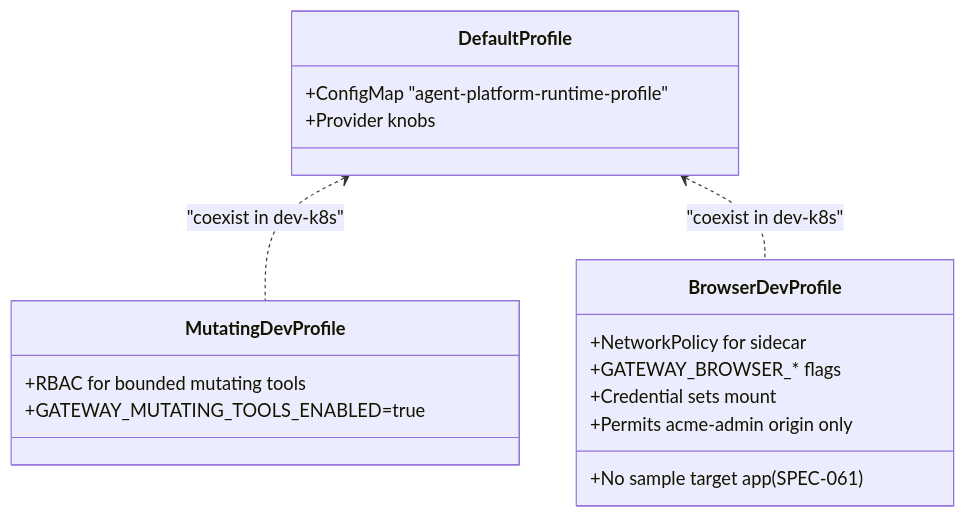
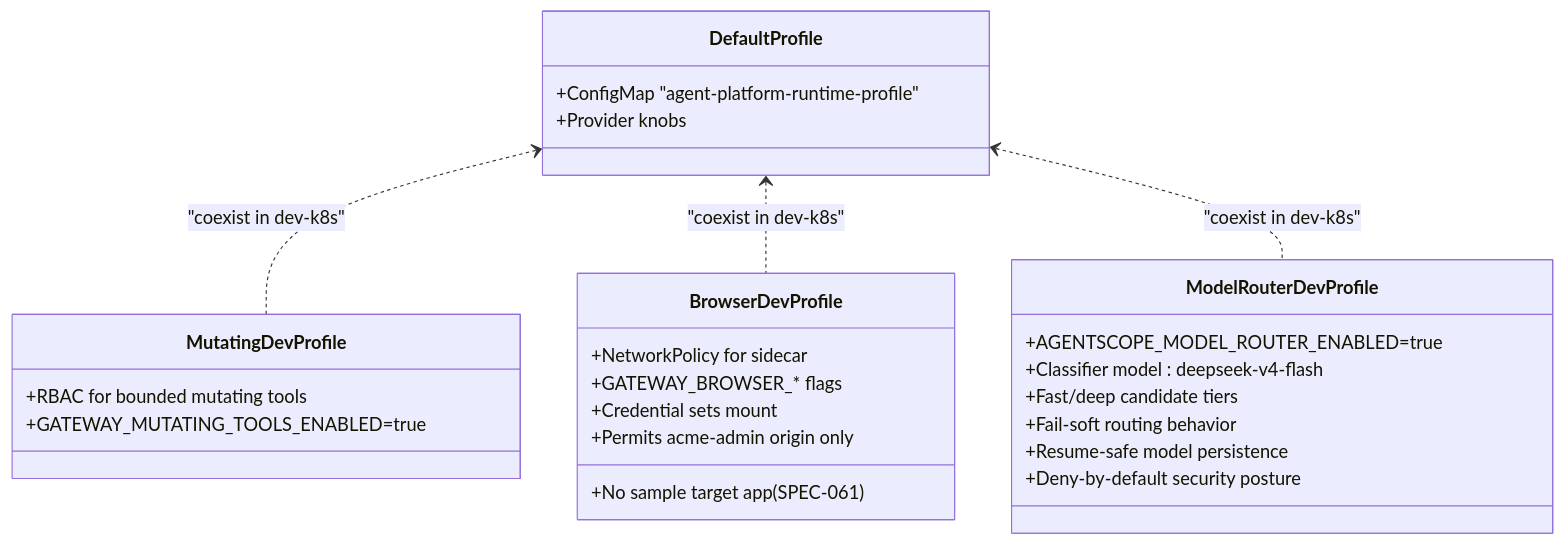
The fourth of 5 diagrams in .qoder/repowiki/en/content/Development Guide/Build System and Deployment Automation/GitOps Deployment with Kustomize/GitOps Deployment with Kustomize.md (metasync/luban-aiops), drawn with Mermaid before and after one commit. The commit also changed other lines of this file and 23 other files, not shown here.

````diff
--- a/.qoder/repowiki/en/content/Development Guide/Build System and Deployment Automation/GitOps Deployment with Kustomize/GitOps Deployment with Kustomize.md
+++ b/.qoder/repowiki/en/content/Development Guide/Build System and Deployment Automation/GitOps Deployment with Kustomize/GitOps Deployment with Kustomize.md
@@ -159,20 +172,29 @@
 ```mermaid
 classDiagram
 class DefaultProfile {
 +ConfigMap "agent-platform-runtime-profile"
 +Provider knobs
 }
 class MutatingDevProfile {
 +RBAC for bounded mutating tools
 +GATEWAY_MUTATING_TOOLS_ENABLED=true
 }
 class BrowserDevProfile {
 +NetworkPolicy for sidecar
 +GATEWAY_BROWSER_* flags
 +Credential sets mount
 +No sample target app (SPEC-061)
 +Permits acme-admin origin only
 }
+class ModelRouterDevProfile {
++AGENTSCOPE_MODEL_ROUTER_ENABLED=true
++Classifier model : deepseek-v4-flash
++Fast/deep candidate tiers
++Fail-soft routing behavior
++Resume-safe model persistence
++Deny-by-default security posture
+}
 DefaultProfile <.. MutatingDevProfile : "coexist in dev-k8s"
 DefaultProfile <.. BrowserDevProfile : "coexist in dev-k8s"
+DefaultProfile <.. ModelRouterDevProfile : "coexist in dev-k8s"
 ```
````
